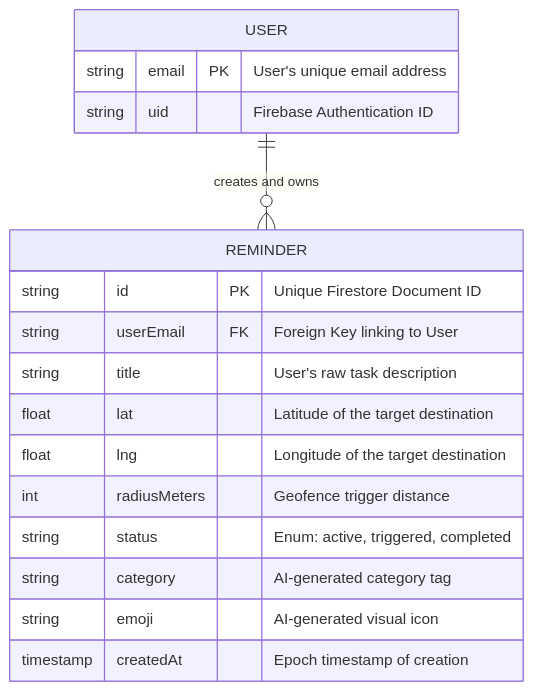
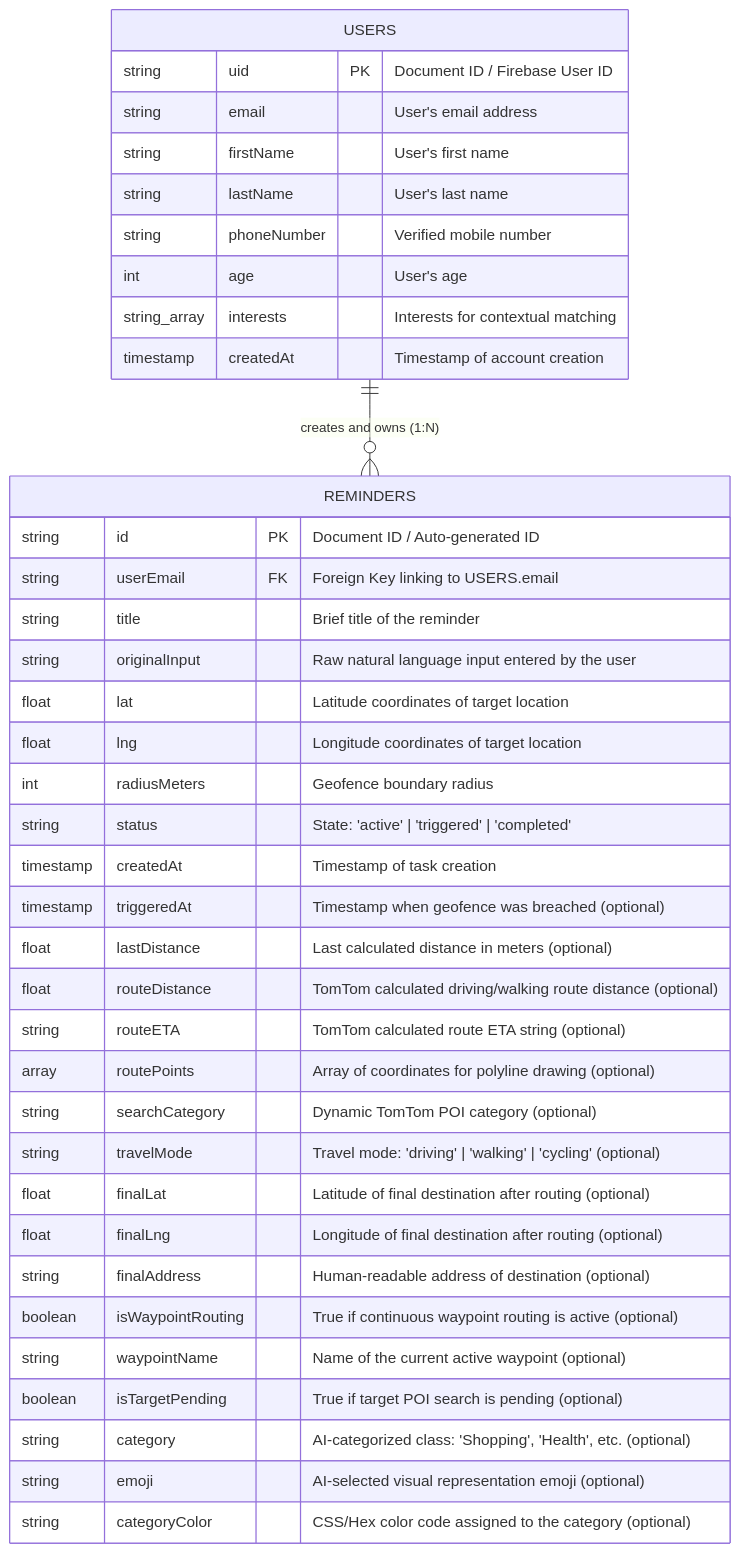
The seventh of 8 diagrams in System_Architecture_and_Diagrams.md (exampletemp604-ux/georeminder), drawn with Mermaid before and after one commit. The commit also changed other lines of this file and 2 other files, not shown here.

Commit message:
docs & feat: finalize ER diagrams and add empty input validation to AddReminderModal

````diff
--- a/System_Architecture_and_Diagrams.md
+++ b/System_Architecture_and_Diagrams.md
@@ -107,22 +279,43 @@
 ```mermaid
 erDiagram
-    USER ||--o{ REMINDER : "creates and owns"
+    USERS ||--o{ REMINDERS : "creates and owns (1:N)"
     
-    USER {
-        string email PK "User's unique email address"
-        string uid "Firebase Authentication ID"
+    USERS {
+        string uid PK "Document ID / Firebase User ID"
+        string email "User's email address"
+        string firstName "User's first name"
+        string lastName "User's last name"
+        string phoneNumber "Verified mobile number"
+        int age "User's age"
+        string_array interests "Interests for contextual matching"
+        timestamp createdAt "Timestamp of account creation"
     }
 
-    REMINDER {
-        string id PK "Unique Firestore Document ID"
-        string userEmail FK "Foreign Key linking to User"
-        string title "User's raw task description"
-        float lat "Latitude of the target destination"
-        float lng "Longitude of the target destination"
-        int radiusMeters "Geofence trigger distance"
-        string status "Enum: active, triggered, completed"
-        string category "AI-generated category tag"
-        string emoji "AI-generated visual icon"
-        timestamp createdAt "Epoch timestamp of creation"
+    REMINDERS {
+        string id PK "Document ID / Auto-generated ID"
+        string userEmail FK "Foreign Key linking to USERS.email"
+        string title "Brief title of the reminder"
+        string originalInput "Raw natural language input entered by the user"
+        float lat "Latitude coordinates of target location"
+        float lng "Longitude coordinates of target location"
+        int radiusMeters "Geofence boundary radius"
+        string status "State: 'active' | 'triggered' | 'completed'"
+        timestamp createdAt "Timestamp of task creation"
+        timestamp triggeredAt "Timestamp when geofence was breached (optional)"
+        float lastDistance "Last calculated distance in meters (optional)"
+        float routeDistance "TomTom calculated driving/walking route distance (optional)"
+        string routeETA "TomTom calculated route ETA string (optional)"
+        array routePoints "Array of coordinates for polyline drawing (optional)"
+        string searchCategory "Dynamic TomTom POI category (optional)"
+        string travelMode "Travel mode: 'driving' | 'walking' | 'cycling' (optional)"
+        float finalLat "Latitude of final destination after routing (optional)"
+        float finalLng "Longitude of final destination after routing (optional)"
+        string finalAddress "Human-readable address of destination (optional)"
+        boolean isWaypointRouting "True if continuous waypoint routing is active (optional)"
+        string waypointName "Name of the current active waypoint (optional)"
+        boolean isTargetPending "True if target POI search is pending (optional)"
+        string category "AI-categorized class: 'Shopping', 'Health', etc. (optional)"
+        string emoji "AI-selected visual representation emoji (optional)"
+        string categoryColor "CSS/Hex color code assigned to the category (optional)"
     }
 ```
````
